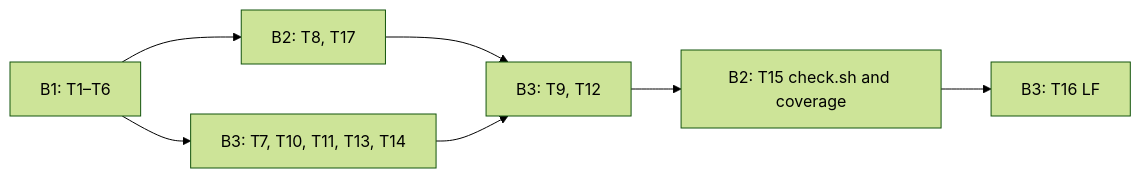
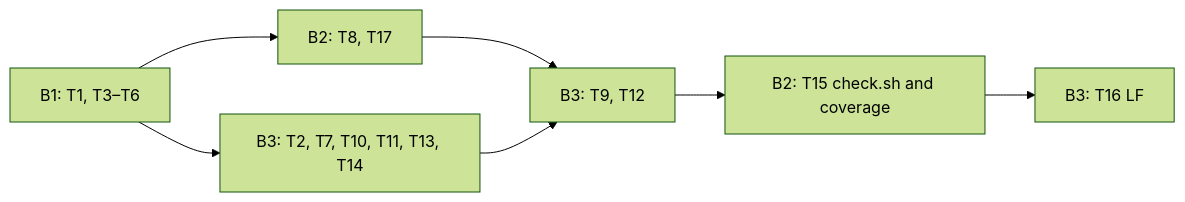
The diagram in docs/plans/2026-10-28-mermaid-tty-v1-B-docs-release.md (D0n9X1n/mermaid-tty), drawn with Mermaid (forest theme) before and after one commit. The commit also changed other lines of this file and 2 other files, not shown here.

````diff
--- a/docs/plans/2026-10-28-mermaid-tty-v1-B-docs-release.md
+++ b/docs/plans/2026-10-28-mermaid-tty-v1-B-docs-release.md
@@ -136,9 +137,9 @@
 ```mermaid
 flowchart LR
-  B1["B1: T1–T6"] --> B2a["B2: T8, T17"]
-  B1 --> B3a["B3: T7, T10, T11, T13, T14"]
+  B1["B1: T1, T3–T6"] --> B2a["B2: T8, T17"]
+  B1 --> B3a["B3: T2, T7, T10, T11, T13, T14"]
   B2a --> B3b["B3: T9, T12"]
   B3a --> B3b
   B3b --> T15["B2: T15 check.sh and coverage"]
   T15 --> T16["B3: T16 LF"]
 ```
````
